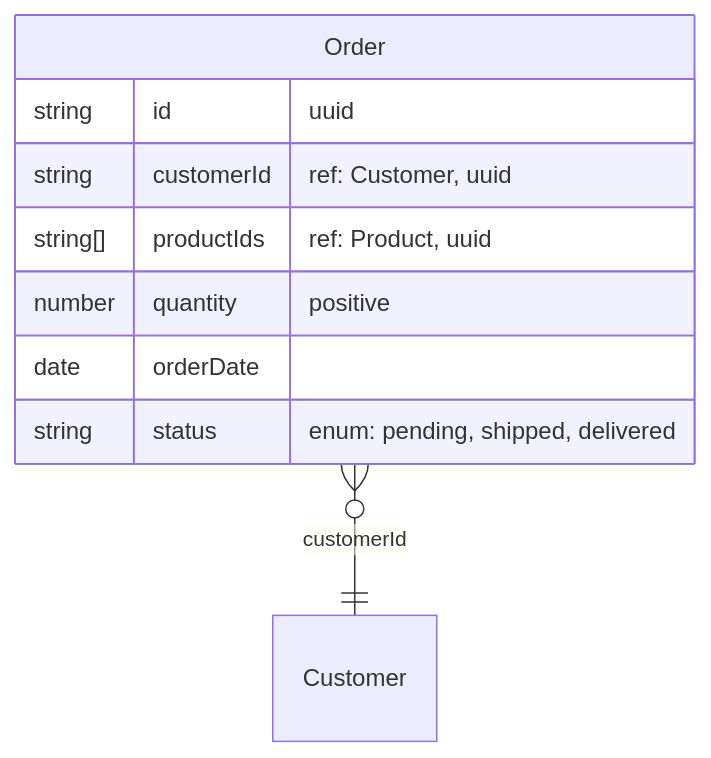
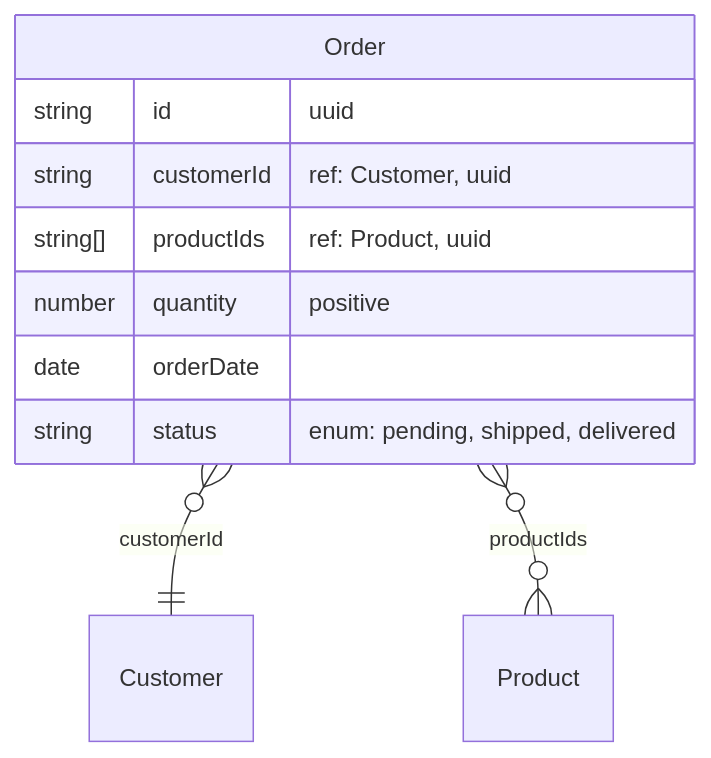
Before and after one commit to kothar/zod-mermaid: diagram 14 of 16 in examples/mermaid-examples.md, drawn with Mermaid. The commit also changed other lines of this file and 7 other files, not shown here.

First line of the commit message:
Refactor: Enhance Mermaid examples and schema definitions

````diff
--- a/examples/mermaid-examples.md
+++ b/examples/mermaid-examples.md
@@ -351,12 +351,13 @@
 ```mermaid
 erDiagram
     Order {
         string id "uuid"
         string customerId "ref: Customer, uuid"
         string[] productIds "ref: Product, uuid"
         number quantity "positive"
         date orderDate
         string status "enum: pending, shipped, delivered"
     }
     Order }o--|| Customer : "customerId"
+    Order }o--o{ Product : "productIds"
 ```
````
